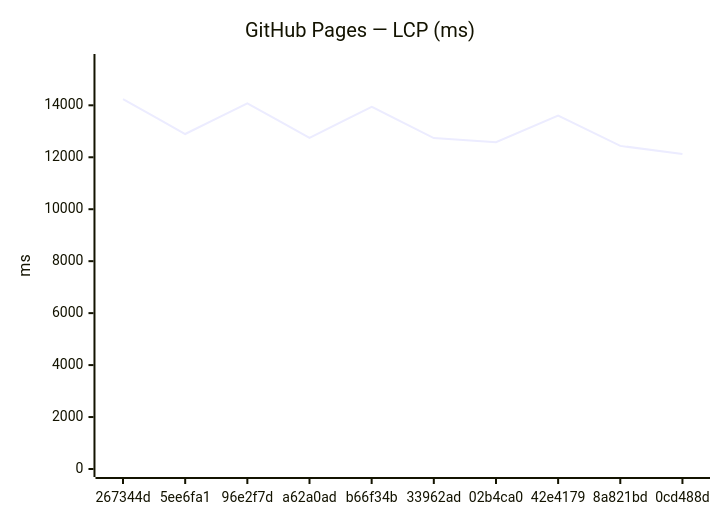
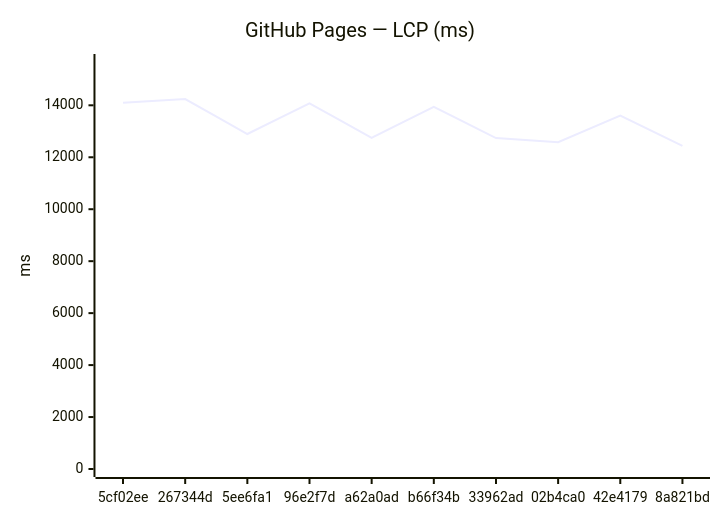
The third of 18 diagrams in benchmarks/compare.md (Metaheurist/Rianell), drawn with Mermaid before and after one commit. The commit also changed other lines of this file and 11 other files, not shown here.

````diff
--- a/benchmarks/compare.md
+++ b/benchmarks/compare.md
@@ -54,7 +54,7 @@
 ```mermaid
 xychart-beta
     title "GitHub Pages — LCP (ms)"
-    x-axis ["267344d", "5ee6fa1", "96e2f7d", "a62a0ad", "b66f34b", "33962ad", "02b4ca0", "42e4179", "8a821bd", "0cd488d"]
+    x-axis ["5cf02ee", "267344d", "5ee6fa1", "96e2f7d", "a62a0ad", "b66f34b", "33962ad", "02b4ca0", "42e4179", "8a821bd"]
     y-axis "ms" 0 --> 15667
-    line [14242, 12895, 14078, 12749, 13943, 12738, 12578, 13605, 12438, 12126]
+    line [14098, 14242, 12895, 14078, 12749, 13943, 12738, 12578, 13605, 12438]
 ```
````
